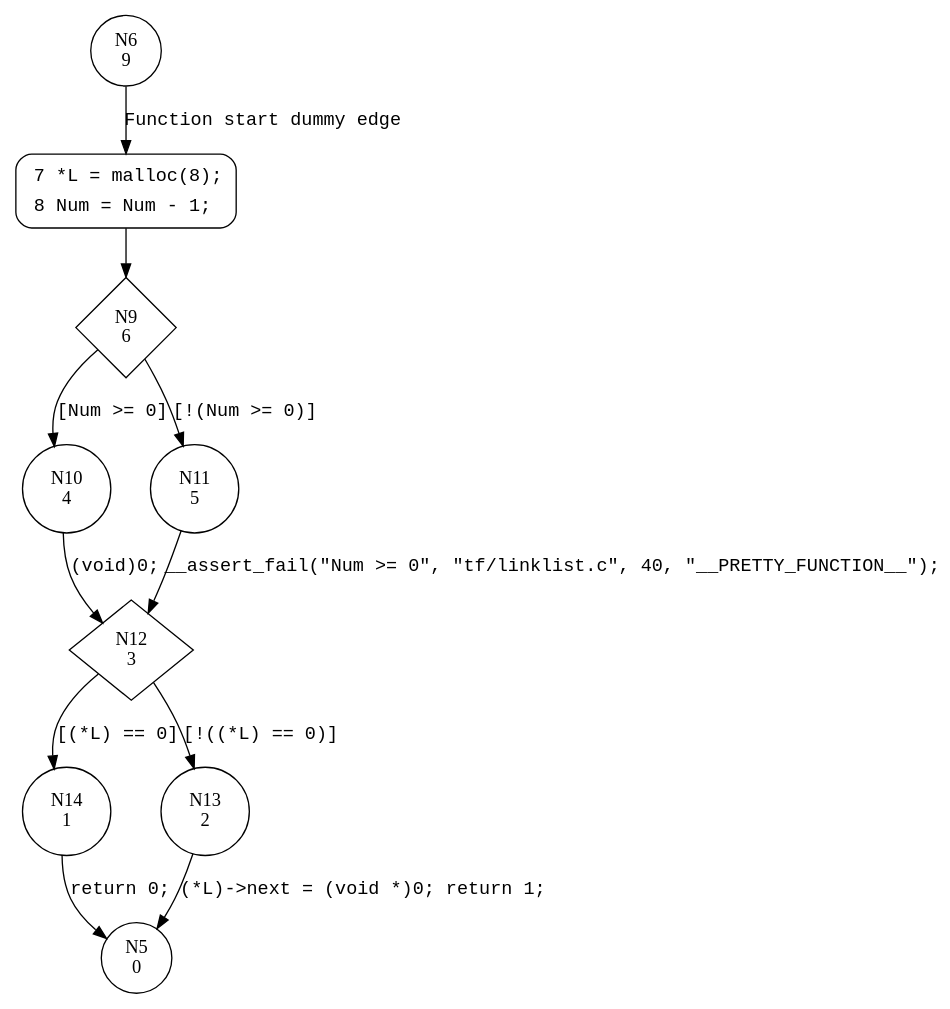
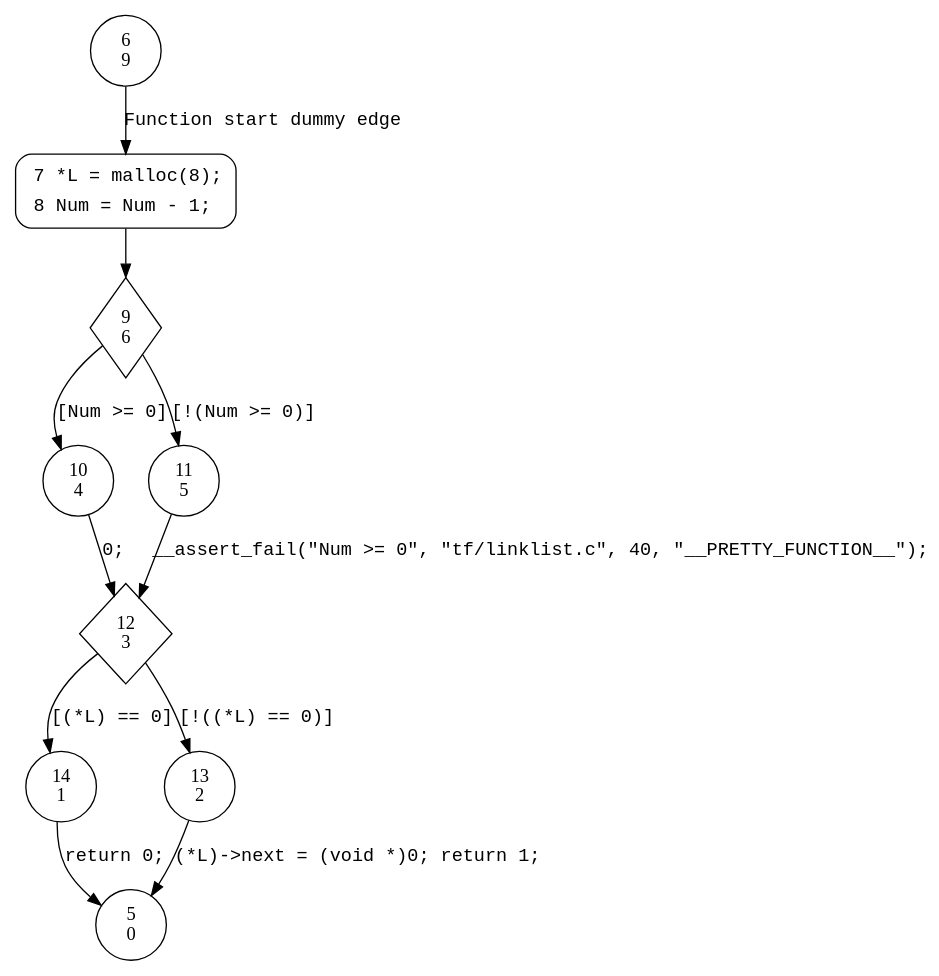
Before and after one commit to woailuo/experiments: the diagram in linklist/analysis_original/cfa__InitList.dot, drawn with Graphviz. The commit also changed 465 other files, not shown here.

```diff
--- a/linklist/analysis_original/cfa__InitList.dot
+++ b/linklist/analysis_original/cfa__InitList.dot
@@ -1,22 +1,22 @@
 digraph InitList {
-6 [shape="circle" label="N6\n9"]
-7 [shape="circle" label="N7\n8"]
-9 [shape="diamond" label="N9\n6"]
-10 [shape="circle" label="N10\n4"]
-11 [shape="circle" label="N11\n5"]
-12 [shape="diamond" label="N12\n3"]
-14 [shape="circle" label="N14\n1"]
-13 [shape="circle" label="N13\n2"]
-5 [shape="circle" label="N5\n0"]
+6 [shape="circle" label="6\n9"]
+7 [shape="circle" label="7\n8"]
+9 [shape="diamond" label="9\n6"]
+10 [shape="circle" label="10\n4"]
+11 [shape="circle" label="11\n5"]
+12 [shape="diamond" label="12\n3"]
+14 [shape="circle" label="14\n1"]
+13 [shape="circle" label="13\n2"]
+5 [shape="circle" label="5\n0"]
 7 [style="filled,bold" penwidth="1" fillcolor="white" fontname="Courier New" shape="Mrecord" label=<<table border="0" cellborder="0" cellpadding="3" bgcolor="white"><tr><td align="right">7</td><td align="left">*L = malloc(8);</td></tr><tr><td align="right">8</td><td align="left">Num = Num - 1;</td></tr></table>>]
 7 -> 9[label=""]
 6 -> 7 [label="Function start dummy edge" fontname="Courier New"]
 9 -> 10 [label="[Num >= 0]" fontname="Courier New"]
 9 -> 11 [label="[!(Num >= 0)]" fontname="Courier New"]
 12 -> 14 [label="[(*L) == 0]" fontname="Courier New"]
 12 -> 13 [label="[!((*L) == 0)]" fontname="Courier New"]
 14 -> 5 [label="return 0;" fontname="Courier New"]
 11 -> 12 [label="__assert_fail(\"Num >= 0\", \"tf/linklist.c\", 40, \"__PRETTY_FUNCTION__\");" fontname="Courier New"]
 13 -> 5 [label="(*L)->next = (void *)0; return 1;" fontname="Courier New"]
-10 -> 12 [label="(void)0;" fontname="Courier New"]
+10 -> 12 [label="0;" fontname="Courier New"]
 }
```
